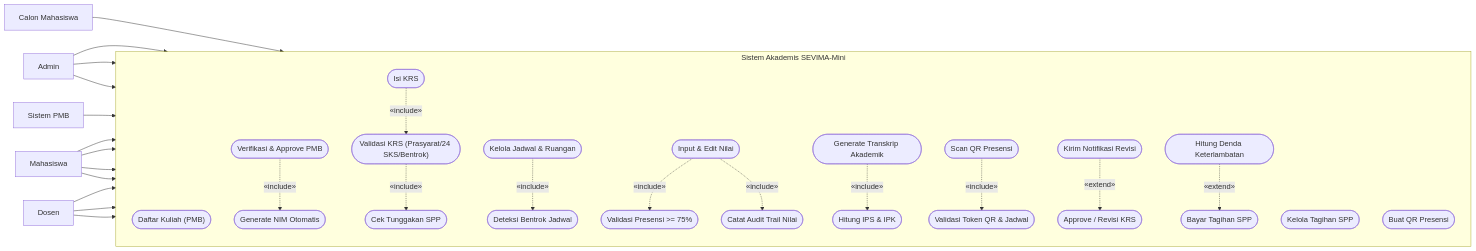
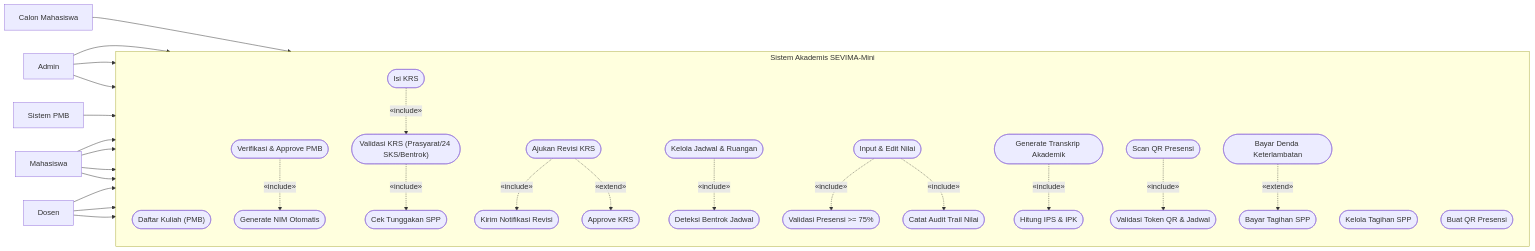
One commit to mzhafranalfaruqi-commits/tugas-matkul-POB changed the diagram in diagrams/usecase-diagram.mmd. Above: the diagram before and after it, drawn with Mermaid.

Commit message:
docs(uml): refine use case extend relations for KRS revision and late payment fee [AI-assisted]

```diff
--- a/diagrams/usecase-diagram.mmd
+++ b/diagrams/usecase-diagram.mmd
@@ -1,79 +1,81 @@
-%% Use Case Diagram — Sistem Akademis SEVIMA-Mini (Minggu 1–2)
+%% Use Case Diagram — Sistem Akademis SEVIMA-Mini (Minggu 2 - Refinement)
 %% Aktor di luar batas sistem, relasi <<include>> dan <<extend>> sesuai standar UML
 
 flowchart LR
-    %% Aktor Eksternal
+    %% Aktor Eksternal (Di Luar Boundary Sistem)
     A_CM["Calon Mahasiswa"]
     A_Mhs["Mahasiswa"]
     A_Dsn["Dosen"]
     A_Adm["Admin"]
     A_SysPMB["Sistem PMB"]
 
     subgraph SistemAkademis["Sistem Akademis SEVIMA-Mini"]
         direction TB
 
         %% Modul PMB
         UC_Daftar(["Daftar Kuliah (PMB)"])
         UC_Verif(["Verifikasi & Approve PMB"])
         UC_NIM(["Generate NIM Otomatis"])
 
         %% Modul KRS
         UC_IsiKRS(["Isi KRS"])
         UC_ValKRS(["Validasi KRS (Prasyarat/24 SKS/Bentrok)"])
         UC_CekSPP(["Cek Tunggakan SPP"])
-        UC_AppKRS(["Approve / Revisi KRS"])
+        UC_AppKRS(["Approve KRS"])
+        UC_RevKRS(["Ajukan Revisi KRS"])
         UC_NotifRev(["Kirim Notifikasi Revisi"])
 
         %% Modul Jadwal
         UC_Jadwal(["Kelola Jadwal & Ruangan"])
         UC_Bentrok(["Deteksi Bentrok Jadwal"])
 
         %% Modul Nilai & Transkrip
         UC_Nilai(["Input & Edit Nilai"])
         UC_ValPres(["Validasi Presensi >= 75%"])
         UC_AuditNilai(["Catat Audit Trail Nilai"])
         UC_Transkrip(["Generate Transkrip Akademik"])
         UC_HitungIPK(["Hitung IPS & IPK"])
 
         %% Modul Keuangan (SPP)
         UC_BayarSPP(["Bayar Tagihan SPP"])
-        UC_Denda(["Hitung Denda Keterlambatan"])
+        UC_Denda(["Bayar Denda Keterlambatan"])
         UC_KelolaSPP(["Kelola Tagihan SPP"])
 
         %% Modul Presensi QR
         UC_BuatQR(["Buat QR Presensi"])
         UC_ScanQR(["Scan QR Presensi"])
         UC_ValQR(["Validasi Token QR & Jadwal"])
     end
 
     %% Relasi Aktor ke Use Case
     A_CM --> UC_Daftar
 
     A_Adm --> UC_Verif
     A_Adm --> UC_Jadwal
     A_Adm --> UC_KelolaSPP
 
     A_SysPMB --> UC_NIM
 
     A_Mhs --> UC_IsiKRS
     A_Mhs --> UC_Transkrip
     A_Mhs --> UC_BayarSPP
     A_Mhs --> UC_ScanQR
 
     A_Dsn --> UC_AppKRS
     A_Dsn --> UC_Nilai
     A_Dsn --> UC_BuatQR
 
     %% Relasi Include (Base -.-> Included)
     UC_Verif -.->|"«include»"| UC_NIM
     UC_IsiKRS -.->|"«include»"| UC_ValKRS
     UC_ValKRS -.->|"«include»"| UC_CekSPP
+    UC_RevKRS -.->|"«include»"| UC_NotifRev
     UC_Jadwal -.->|"«include»"| UC_Bentrok
     UC_Nilai -.->|"«include»"| UC_ValPres
     UC_Nilai -.->|"«include»"| UC_AuditNilai
     UC_Transkrip -.->|"«include»"| UC_HitungIPK
     UC_ScanQR -.->|"«include»"| UC_ValQR
 
     %% Relasi Extend (Extending -.-> Base)
-    UC_NotifRev -.->|"«extend»"| UC_AppKRS
+    UC_RevKRS -.->|"«extend»"| UC_AppKRS
     UC_Denda -.->|"«extend»"| UC_BayarSPP
```
